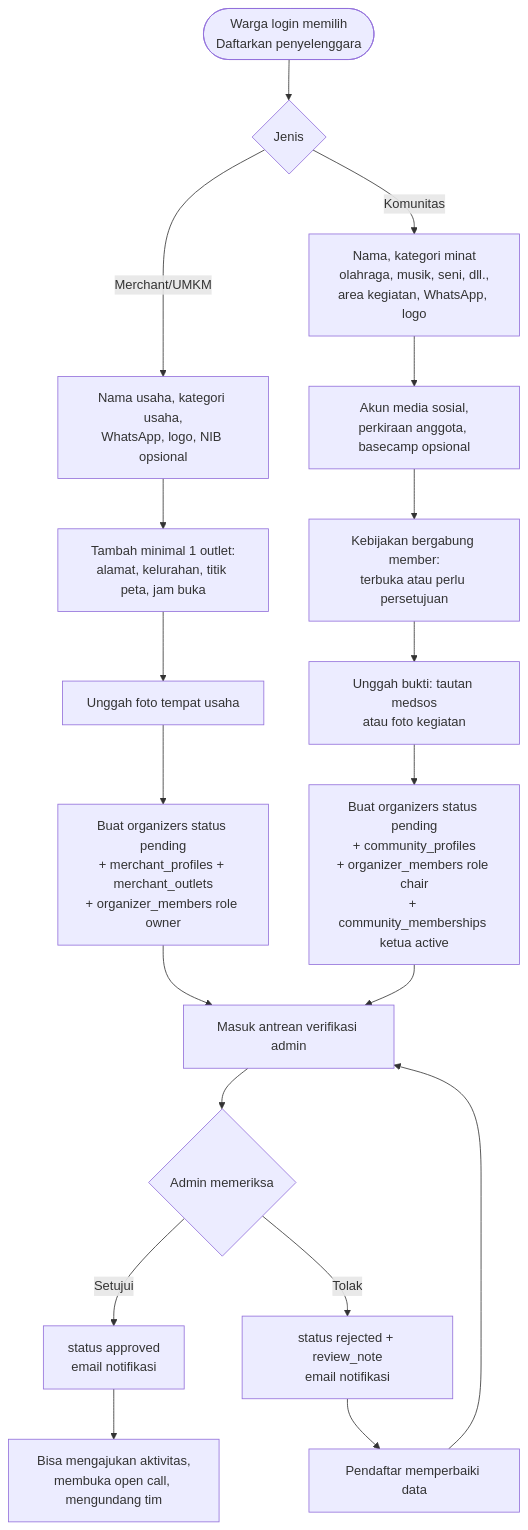
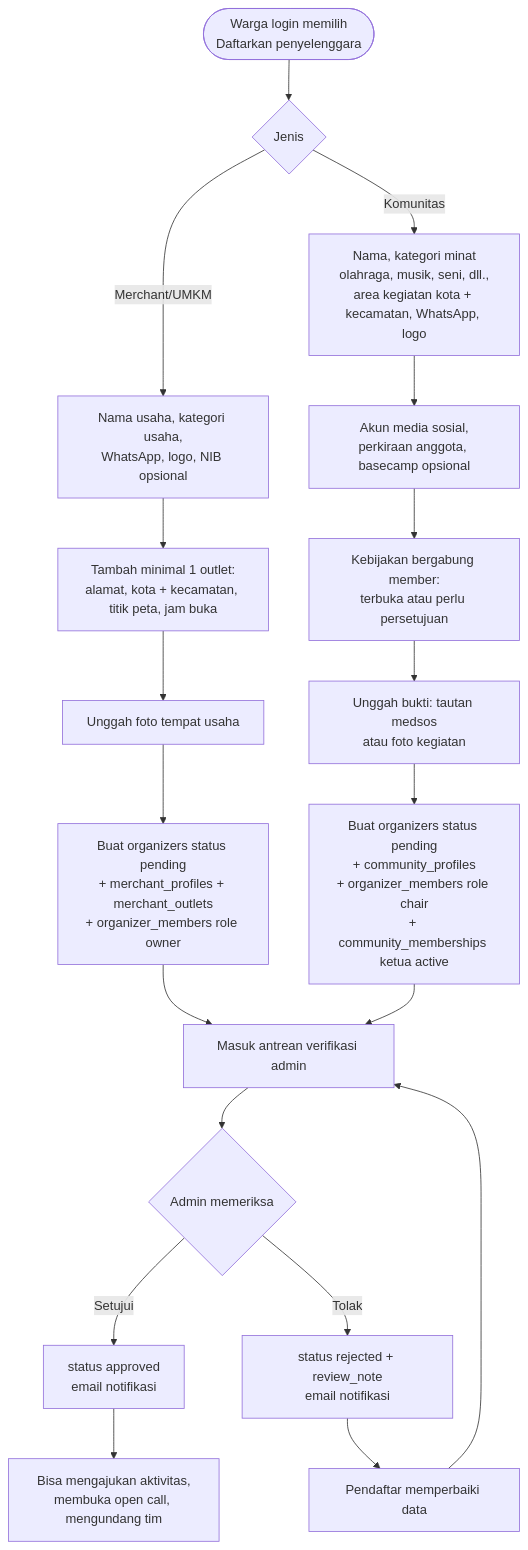
One commit to mirwanma/gasyu changed the fourth of 30 diagrams in docs/ALUR-SISTEM.md. Above: the diagram before and after it, drawn with Mermaid. The commit also changed other lines of this file and 3 other files, not shown here.

````diff
--- a/docs/ALUR-SISTEM.md
+++ b/docs/ALUR-SISTEM.md
@@ -235,20 +250,20 @@
 ```mermaid
 flowchart TD
     S([Warga login memilih<br/>Daftarkan penyelenggara]) --> T{Jenis}
     T -->|Merchant/UMKM| B1[Nama usaha, kategori usaha,<br/>WhatsApp, logo, NIB opsional]
-    B1 --> B2[Tambah minimal 1 outlet:<br/>alamat, kelurahan, titik peta, jam buka]
+    B1 --> B2[Tambah minimal 1 outlet:<br/>alamat, kota + kecamatan, titik peta, jam buka]
     B2 --> B3[Unggah foto tempat usaha]
-    T -->|Komunitas| K1[Nama, kategori minat<br/>olahraga, musik, seni, dll.,<br/>area kegiatan, WhatsApp, logo]
+    T -->|Komunitas| K1[Nama, kategori minat<br/>olahraga, musik, seni, dll.,<br/>area kegiatan kota + kecamatan, WhatsApp, logo]
     K1 --> K2[Akun media sosial,<br/>perkiraan anggota, basecamp opsional]
     K2 --> K2B[Kebijakan bergabung member:<br/>terbuka atau perlu persetujuan]
     K2B --> K3[Unggah bukti: tautan medsos<br/>atau foto kegiatan]
     B3 --> C[Buat organizers status pending<br/>+ merchant_profiles + merchant_outlets<br/>+ organizer_members role owner]
     K3 --> D[Buat organizers status pending<br/>+ community_profiles<br/>+ organizer_members role chair<br/>+ community_memberships ketua active]
     C --> Q[Masuk antrean verifikasi admin]
     D --> Q
     Q --> AD{Admin memeriksa}
     AD -->|Setujui| OK[status approved<br/>email notifikasi]
     AD -->|Tolak| NO[status rejected + review_note<br/>email notifikasi]
     NO --> FX[Pendaftar memperbaiki data] --> Q
     OK --> FULL[Bisa mengajukan aktivitas,<br/>membuka open call, mengundang tim]
 ```
````
